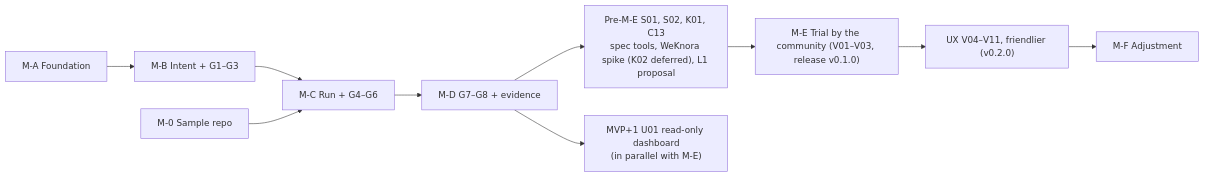
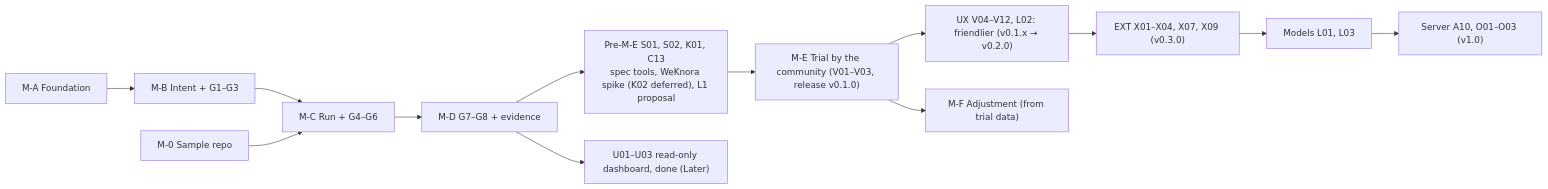
The diagram in design/D-08-mvp-backlog.md (hoanghainh1188/agentic-sdlc-framework), drawn with Mermaid before and after one commit. The commit also changed other lines of this file and 27 other files, not shown here.

First line of the commit message:
docs: the roadmap after v0.1 ("MVP" retired; milestones EXT, Models, Server, Later) (#256)

````diff
--- a/design/D-08-mvp-backlog.md
+++ b/design/D-08-mvp-backlog.md
@@ -53,12 +56,15 @@
 ```mermaid
 flowchart LR
     MA["M-A Foundation"] --> MB["M-B Intent + G1–G3"]
     MB --> MC["M-C Run + G4–G6"]
     M0["M-0 Sample repo"] --> MC
     MC --> MD["M-D G7–G8 + evidence"]
     MD --> MP["Pre-M-E S01, S02, K01, C13<br/>spec tools, WeKnora spike (K02 deferred), L1 proposal"]
     MP --> ME["M-E Trial by the community (V01–V03, release v0.1.0)"]
-    ME --> UX["UX V04–V11, friendlier (v0.2.0)"]
-    UX --> MF["M-F Adjustment"]
-    MD --> MU["MVP+1 U01 read-only dashboard<br/>(in parallel with M-E)"]
+    ME --> UX["UX V04–V12, L02: friendlier (v0.1.x → v0.2.0)"]
+    UX --> EXT["EXT X01–X04, X07, X09 (v0.3.0)"]
+    EXT --> MO["Models L01, L03"]
+    MO --> SV["Server A10, O01–O03 (v1.0)"]
+    ME --> MF["M-F Adjustment (from trial data)"]
+    MD --> MU["U01–U03 read-only dashboard, done (Later)"]
 ```
````
